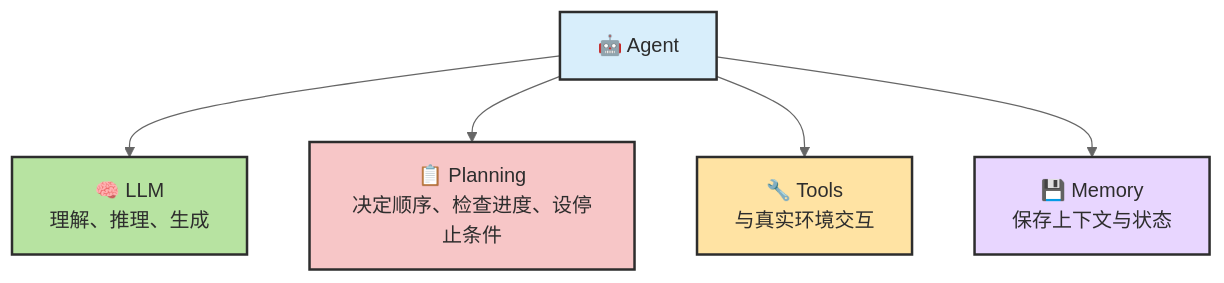
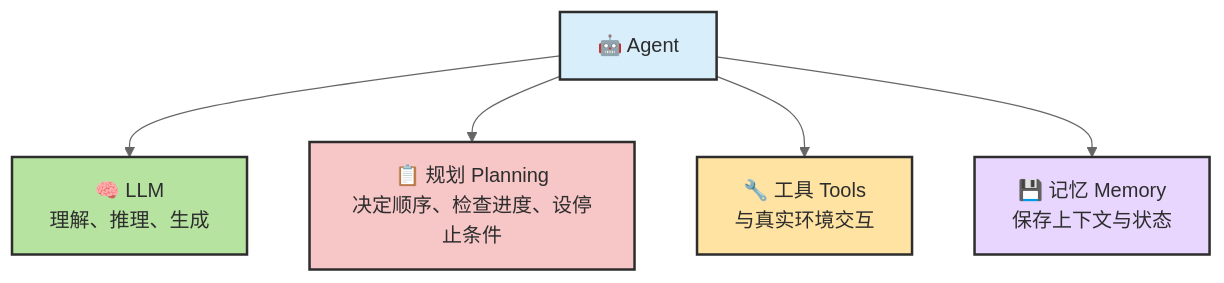
Diagram 11 of 43 in docs/chapters/ch02-concepts.md (zht043/AgenticCodingTutorial), drawn with Mermaid (neutral theme) before and after one commit. The commit also changed other lines of this file and 1 other file, not shown here.

Commit message:
refine chapter 2 diagrams and agent guidance

````diff
--- a/docs/chapters/ch02-concepts.md
+++ b/docs/chapters/ch02-concepts.md
@@ -287,13 +392,13 @@
 ```mermaid
 flowchart TB
     classDef center fill:#d8eefb,stroke:#2d2d2d,stroke-width:2px,color:#2d2d2d
     classDef llm fill:#b7e3a1,stroke:#2d2d2d,stroke-width:2px,color:#2d2d2d
     classDef plan fill:#f7c6c7,stroke:#2d2d2d,stroke-width:2px,color:#2d2d2d
     classDef tool fill:#ffe3a3,stroke:#2d2d2d,stroke-width:2px,color:#2d2d2d
     classDef mem fill:#e8d6ff,stroke:#2d2d2d,stroke-width:2px,color:#2d2d2d
 
     A["🤖 Agent"]:::center --> L["🧠 LLM<br/>理解、推理、生成"]:::llm
-    A --> P["📋 Planning<br/>决定顺序、检查进度、设停止条件"]:::plan
-    A --> T["🔧 Tools<br/>与真实环境交互"]:::tool
-    A --> M["💾 Memory<br/>保存上下文与状态"]:::mem
+    A --> P["📋 规划 Planning<br/>决定顺序、检查进度、设停止条件"]:::plan
+    A --> T["🔧 工具 Tools<br/>与真实环境交互"]:::tool
+    A --> M["💾 记忆 Memory<br/>保存上下文与状态"]:::mem
 ```
````
